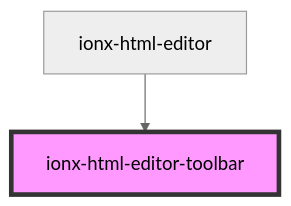
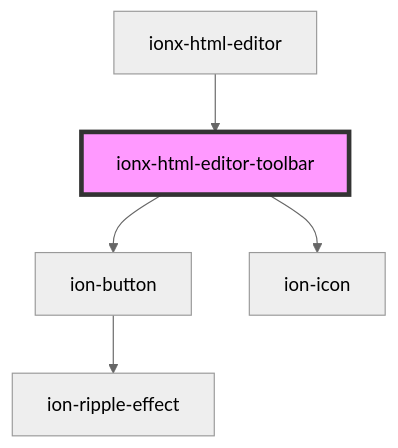
The diagram in modules/HtmlEditor/src/readme.md (co-mmons/ionx), drawn with Mermaid (neutral theme) before and after one commit. The commit also changed other lines of this file and 9 other files, not shown here.

````diff
--- a/modules/HtmlEditor/src/readme.md
+++ b/modules/HtmlEditor/src/readme.md
@@ -22,5 +27,8 @@
 ```mermaid
 graph TD;
+  ionx-html-editor-toolbar --> ion-button
+  ionx-html-editor-toolbar --> ion-icon
+  ion-button --> ion-ripple-effect
   ionx-html-editor --> ionx-html-editor-toolbar
   style ionx-html-editor-toolbar fill:#f9f,stroke:#333,stroke-width:4px
 ```
````
